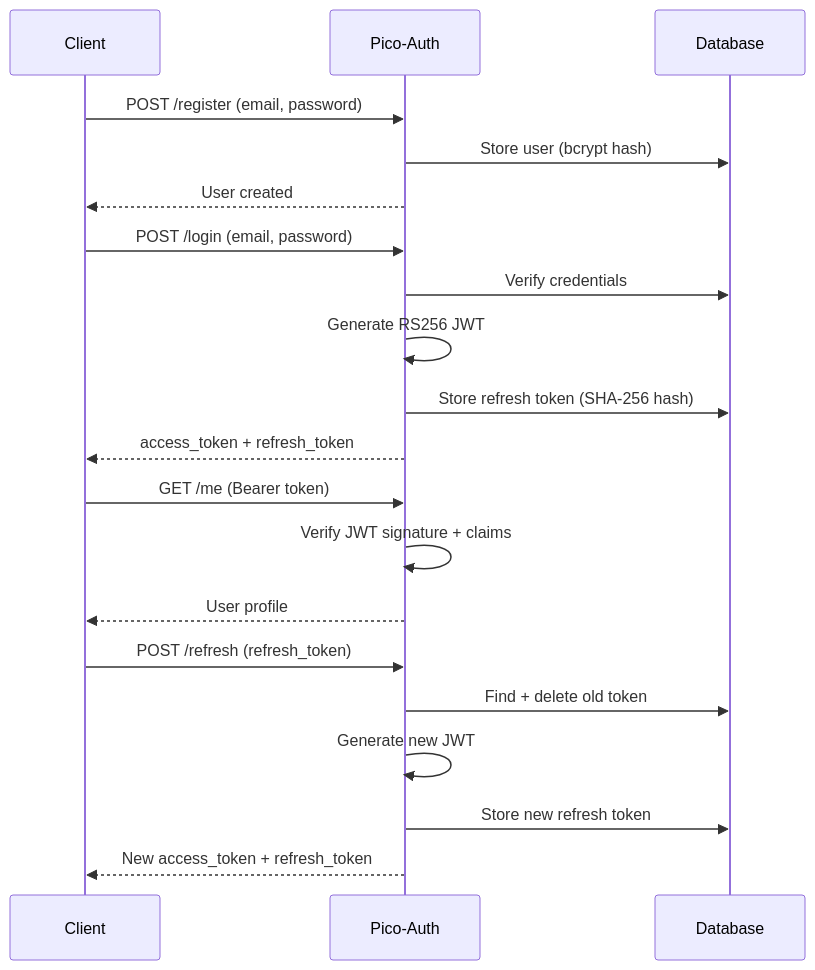
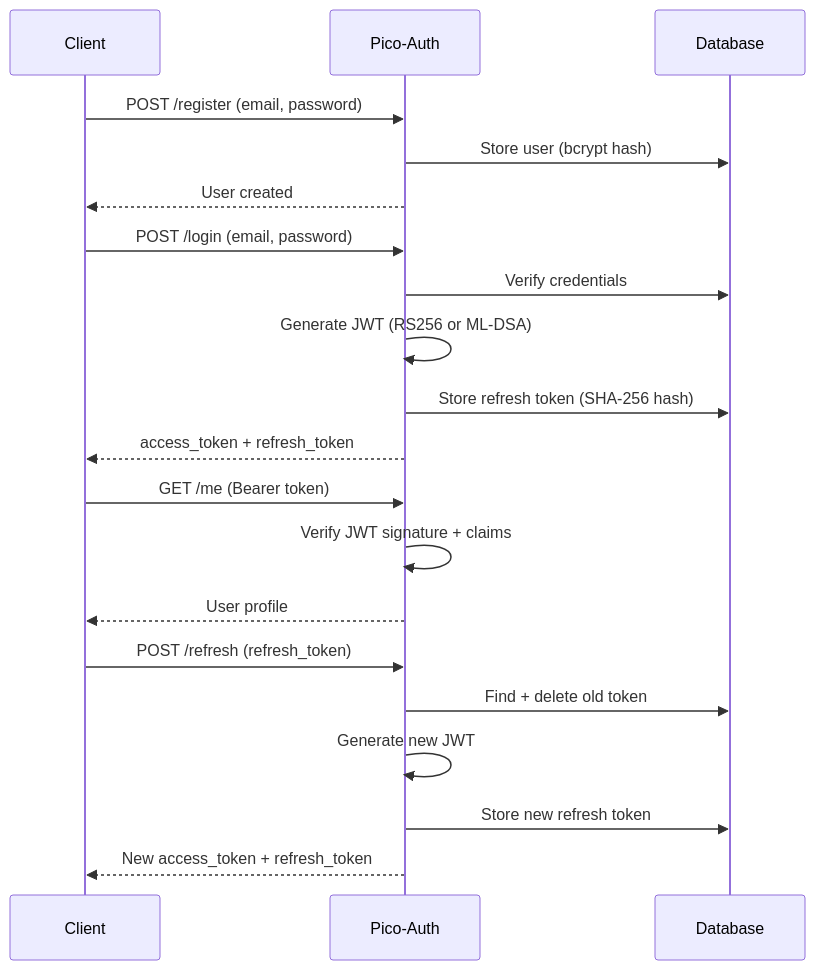
The diagram in docs/auth-flow.md (dperezcabrera/pico-auth), drawn with Mermaid before and after one commit. The commit also changed other lines of this file and 9 other files, not shown here.

````diff
--- a/docs/auth-flow.md
+++ b/docs/auth-flow.md
@@ -5,26 +5,26 @@
 ```mermaid
 sequenceDiagram
     participant C as Client
     participant A as Pico-Auth
     participant DB as Database
 
     C->>A: POST /register (email, password)
     A->>DB: Store user (bcrypt hash)
     A-->>C: User created
 
     C->>A: POST /login (email, password)
     A->>DB: Verify credentials
-    A->>A: Generate RS256 JWT
+    A->>A: Generate JWT (RS256 or ML-DSA)
     A->>DB: Store refresh token (SHA-256 hash)
     A-->>C: access_token + refresh_token
 
     C->>A: GET /me (Bearer token)
     A->>A: Verify JWT signature + claims
     A-->>C: User profile
 
     C->>A: POST /refresh (refresh_token)
     A->>DB: Find + delete old token
     A->>A: Generate new JWT
     A->>DB: Store new refresh token
     A-->>C: New access_token + refresh_token
 ```
````
